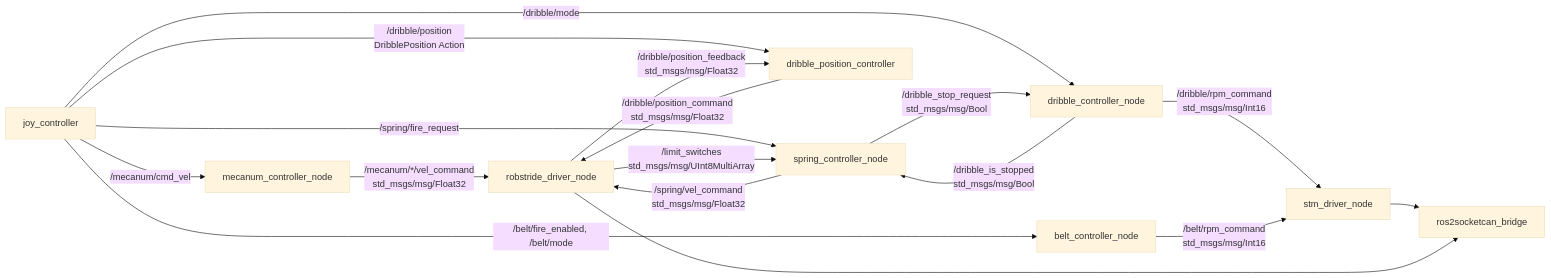
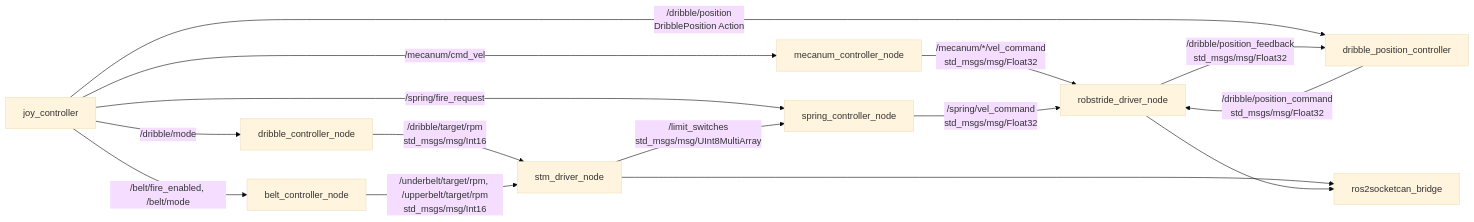
The diagram in ros2_ws/src/robot_controller/README.md (rodep-soft/rox2026), drawn with Mermaid (base theme) before and after one commit. The commit also changed other lines of this file and 12 other files, not shown here.

````diff
--- a/ros2_ws/src/robot_controller/README.md
+++ b/ros2_ws/src/robot_controller/README.md
@@ -7,31 +7,29 @@
 ```mermaid
 flowchart LR
   joy[joy_controller]
   mecanum[mecanum_controller_node]
   spring[spring_controller_node]
   dribble[dribble_controller_node]
   position[dribble_position_controller]
   belt[belt_controller_node]
   stm_driver[stm_driver_node]
   robstride_driver[robstride_driver_node]
   bridge[ros2socketcan_bridge]
 
   joy -->|/mecanum/cmd_vel| mecanum
   joy -->|/spring/fire_request| spring
   joy -->|/dribble/mode| dribble
   joy -->|/belt/fire_enabled, /belt/mode| belt
   joy -->|/dribble/position\nDribblePosition Action| position
 
   mecanum -->|/mecanum/*/vel_command\nstd_msgs/msg/Float32| robstride_driver
   spring -->|/spring/vel_command\nstd_msgs/msg/Float32| robstride_driver
-  dribble -->|/dribble/rpm_command\nstd_msgs/msg/Int16| stm_driver
-  belt -->|/belt/rpm_command\nstd_msgs/msg/Int16| stm_driver
+  dribble -->|/dribble/target/rpm\nstd_msgs/msg/Int16| stm_driver
+  belt -->|/underbelt/target/rpm, /upperbelt/target/rpm\nstd_msgs/msg/Int16| stm_driver
   position -->|/dribble/position_command\nstd_msgs/msg/Float32| robstride_driver
-  robstride_driver -->|/limit_switches\nstd_msgs/msg/UInt8MultiArray| spring
-  spring -->|/dribble_stop_request\nstd_msgs/msg/Bool| dribble
-  dribble -->|/dribble_is_stopped\nstd_msgs/msg/Bool| spring
+  stm_driver -->|/limit_switches\nstd_msgs/msg/UInt8MultiArray| spring
   robstride_driver -->|/dribble/position_feedback\nstd_msgs/msg/Float32| position
 
   stm_driver --> bridge
   robstride_driver --> bridge
 ```
````
